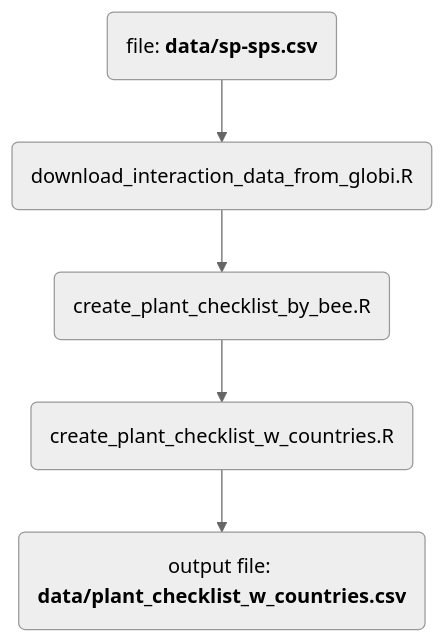
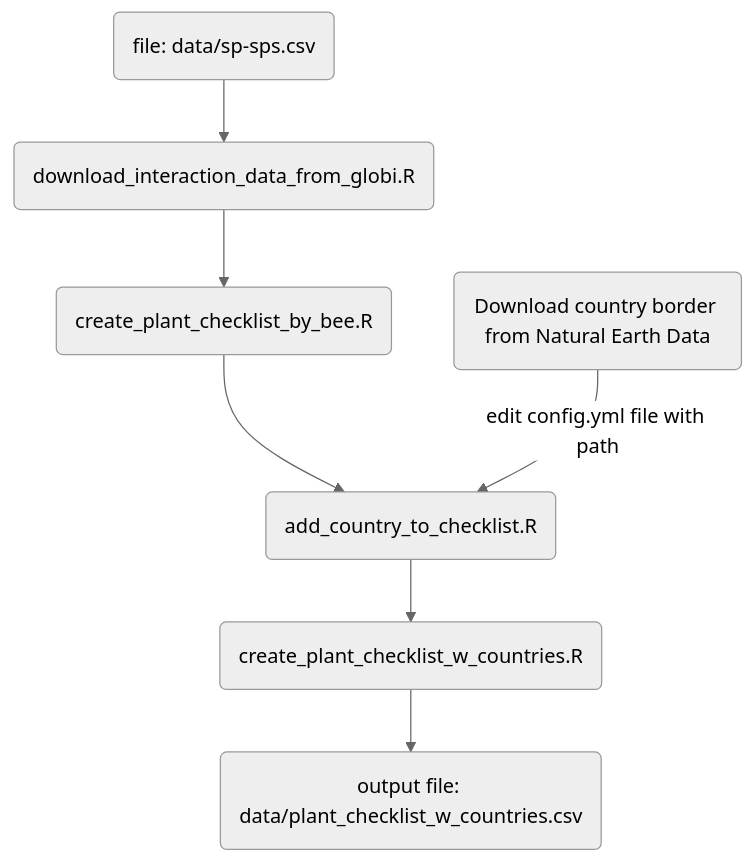
Before and after one commit to CONABIO/BeeTool-utils: the diagram in README.md, drawn with Mermaid (neutral theme). The commit also changed 2 other files, not shown here.

Commit message:
Updated first dataflow diagram

````diff
--- a/README.md
+++ b/README.md
@@ -26,7 +26,10 @@
 ```mermaid
 flowchart TD
-    A("`file: **data/sp-sps.csv**`") --> B("download_interaction_data_from_globi.R")
+    A("file: data/sp-sps.csv") --> B("download_interaction_data_from_globi.R")
     B --> C("create_plant_checklist_by_bee.R")
-    C --> D("create_plant_checklist_w_countries.R")
-    D --> E("`output file: **data/plant_checklist_w_countries.csv**`")
+    D("Download country border from Natural Earth Data")
+    C --> E("add_country_to_checklist.R")
+    D --> |edit config.yml file with path|E
+    E --> F("create_plant_checklist_w_countries.R")
+    F --> G("output file: data/plant_checklist_w_countries.csv")
 ```
````
